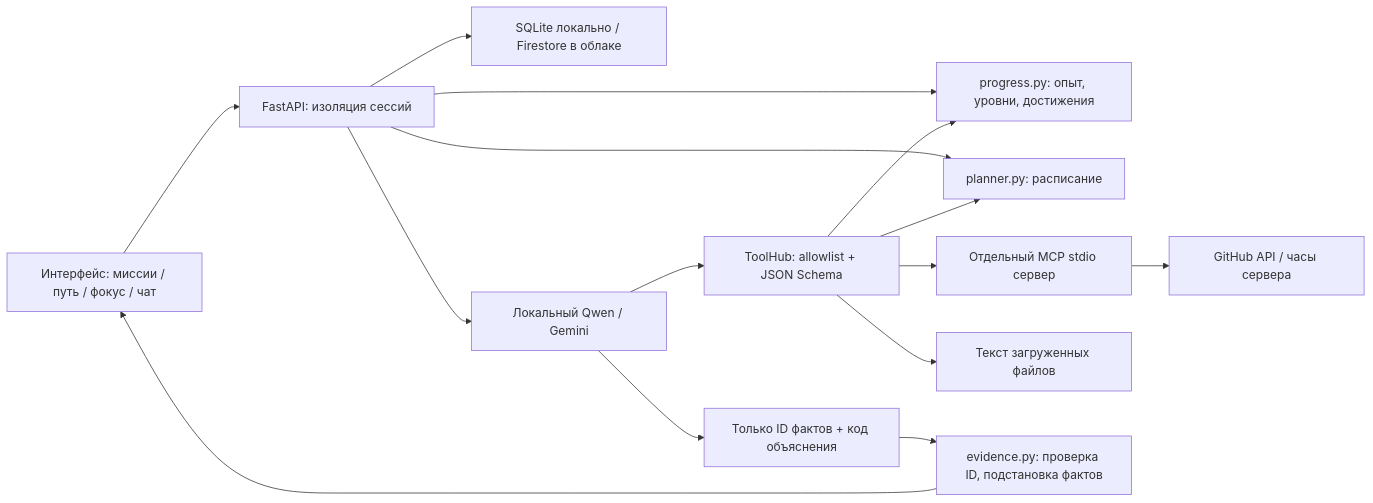
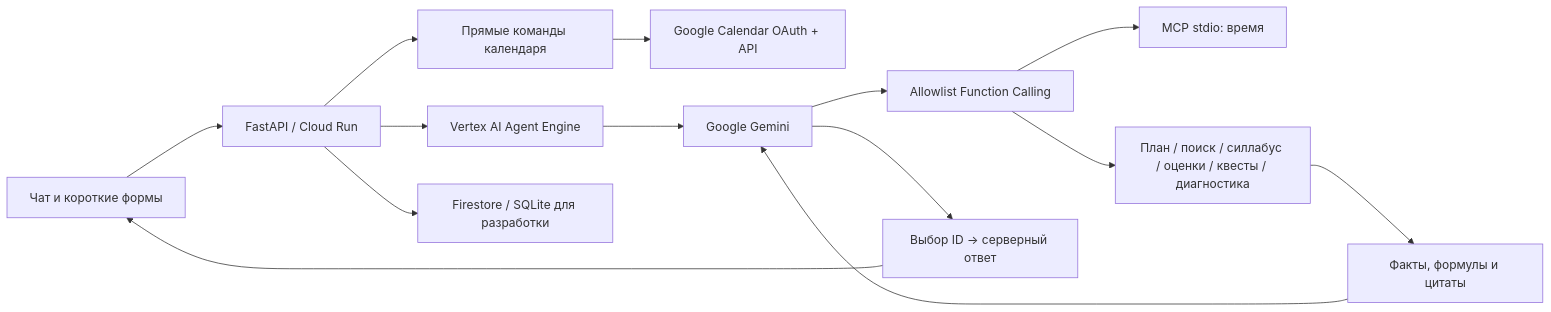
One commit to tomirizz/campuspulse-ai changed the diagram in docs/ARCHITECTURE.md. Above: the diagram before and after it, drawn with Mermaid. The commit also changed other lines of this file and 44 other files, not shown here.

Commit message:
Add Google-only study tools and conversational Calendar integration

````diff
--- a/docs/ARCHITECTURE.md
+++ b/docs/ARCHITECTURE.md
@@ -5,17 +3,16 @@
 ```mermaid
 flowchart LR
-  UI[Интерфейс: миссии / путь / фокус / чат] --> API[FastAPI: изоляция сессий]
-  API --> Store[SQLite локально / Firestore в облаке]
-  API --> Rules[progress.py: опыт, уровни, достижения]
-  API --> Planner[planner.py: расписание]
-  API --> Agent[Локальный Qwen / Gemini]
-  Agent --> Hub[ToolHub: allowlist + JSON Schema]
-  Hub --> MCP[Отдельный MCP stdio сервер]
-  MCP --> Sources[GitHub API / часы сервера]
-  Hub --> Rules
-  Hub --> Planner
-  Hub --> Files[Текст загруженных файлов]
-  Agent --> Select[Только ID фактов + код объяснения]
-  Select --> Evidence[evidence.py: проверка ID, подстановка фактов]
-  Evidence --> UI
+ UI[Чат и короткие формы] --> API[FastAPI / Cloud Run]
+ API --> GUARD[Прямые команды календаря]
+ GUARD --> GC[Google Calendar OAuth + API]
+ API --> ENGINE[Vertex AI Agent Engine]
+ ENGINE --> GEM[Google Gemini]
+ GEM --> HUB[Allowlist Function Calling]
+ HUB --> MCP[MCP stdio: время]
+ HUB --> RULES[План / поиск / силлабус / оценки / квесты / диагностика]
+ RULES --> PROOF[Факты, формулы и цитаты]
+ PROOF --> GEM
+ GEM --> RENDER[Выбор ID → серверный ответ]
+ RENDER --> UI
+ API --> DB[Firestore / SQLite для разработки]
 ```
````
